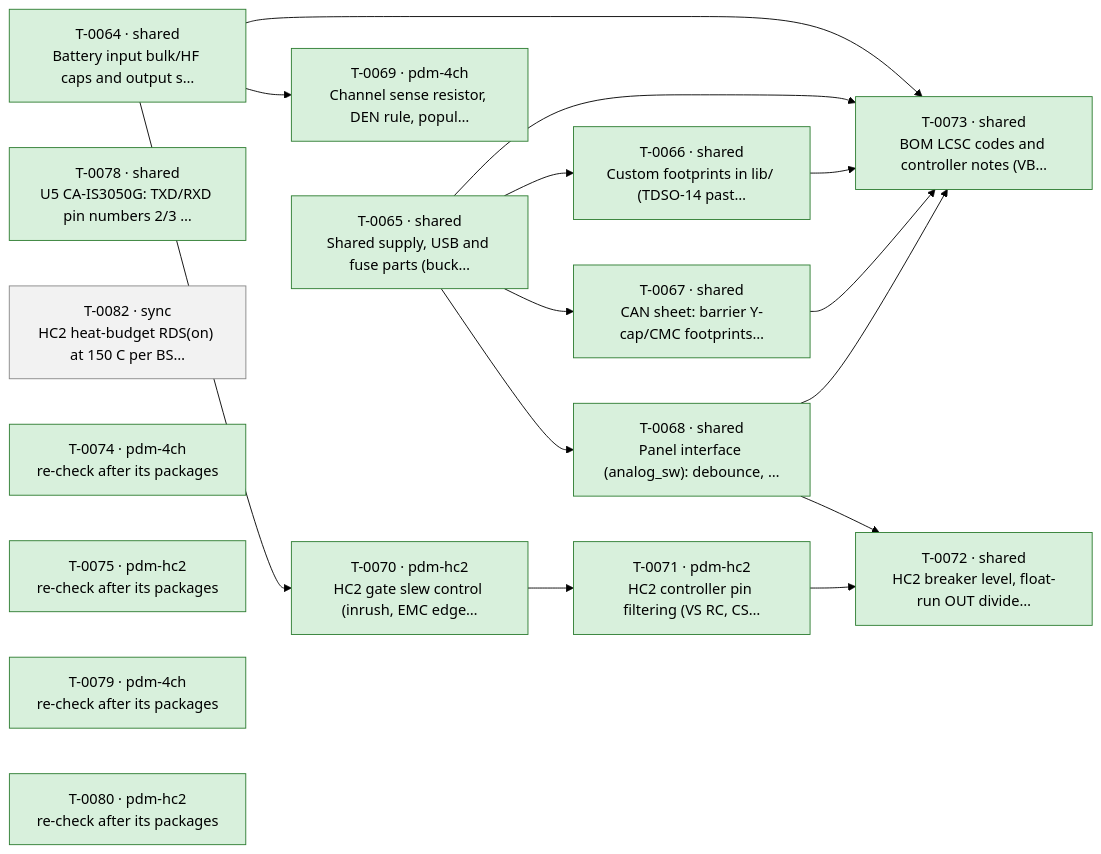
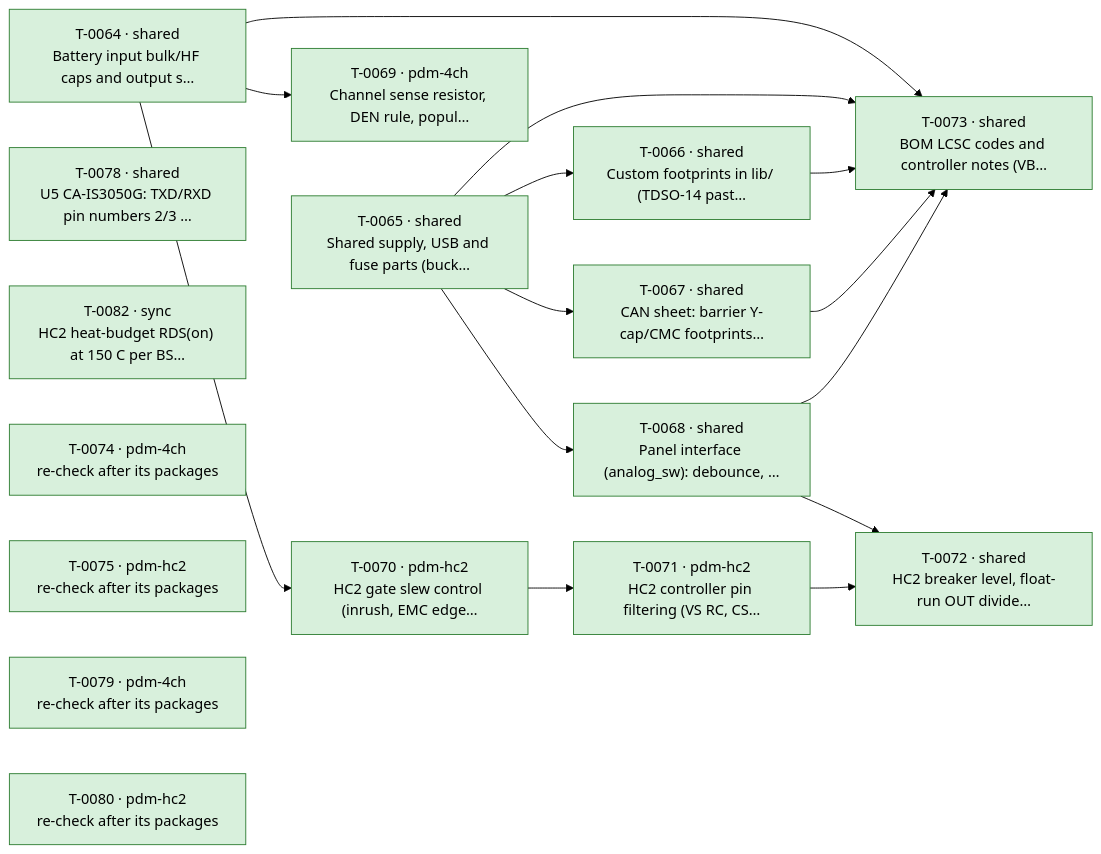
The diagram in docs/ROADMAP.md (plektra/ESP32-PDM), drawn with Mermaid (forest theme) before and after one commit. The commit also changed other lines of this file and 1 other file, not shown here.

First line of the commit message:
Auto: board-fixer sync (T-0082): 0 fixed, 0 blocked, merged 24bf9f3b; no part changes

````diff
--- a/docs/ROADMAP.md
+++ b/docs/ROADMAP.md
@@ -18,36 +18,36 @@
 ```mermaid
 flowchart LR
   T0064["T-0064 · shared<br/>Battery input bulk/HF caps and output s…"]:::done
   T0065["T-0065 · shared<br/>Shared supply, USB and fuse parts (buck…"]:::done
   T0066["T-0066 · shared<br/>Custom footprints in lib/ (TDSO-14 past…"]:::done
   T0067["T-0067 · shared<br/>CAN sheet: barrier Y-cap/CMC footprints…"]:::done
   T0068["T-0068 · shared<br/>Panel interface (analog_sw): debounce, …"]:::done
   T0069["T-0069 · pdm-4ch<br/>Channel sense resistor, DEN rule, popul…"]:::done
   T0070["T-0070 · pdm-hc2<br/>HC2 gate slew control (inrush, EMC edge…"]:::done
   T0071["T-0071 · pdm-hc2<br/>HC2 controller pin filtering (VS RC, CS…"]:::done
   T0072["T-0072 · shared<br/>HC2 breaker level, float-run OUT divide…"]:::done
   T0073["T-0073 · shared<br/>BOM LCSC codes and controller notes (VB…"]:::done
   T0078["T-0078 · shared<br/>U5 CA-IS3050G: TXD/RXD pin numbers 2/3 …"]:::done
-  T0082["T-0082 · sync<br/>HC2 heat-budget RDS(on) at 150 C per BS…"]:::ready
+  T0082["T-0082 · sync<br/>HC2 heat-budget RDS(on) at 150 C per BS…"]:::done
   T0074["T-0074 · pdm-4ch<br/>re-check after its packages"]:::done
   T0075["T-0075 · pdm-hc2<br/>re-check after its packages"]:::done
   T0079["T-0079 · pdm-4ch<br/>re-check after its packages"]:::done
   T0080["T-0080 · pdm-hc2<br/>re-check after its packages"]:::done
   T0065 --> T0066
   T0065 --> T0067
   T0065 --> T0068
   T0064 --> T0069
   T0064 --> T0070
   T0070 --> T0071
   T0068 --> T0072
   T0071 --> T0072
   T0064 --> T0073
   T0065 --> T0073
   T0066 --> T0073
   T0067 --> T0073
   T0068 --> T0073
   classDef done fill:#d8f0dc,stroke:#2e7d32
   classDef running fill:#d6e6ff,stroke:#1f5fbf
   classDef ready fill:#f2f2f2,stroke:#888
   classDef failed fill:#f9d9d9,stroke:#b3261e
 ```
````
